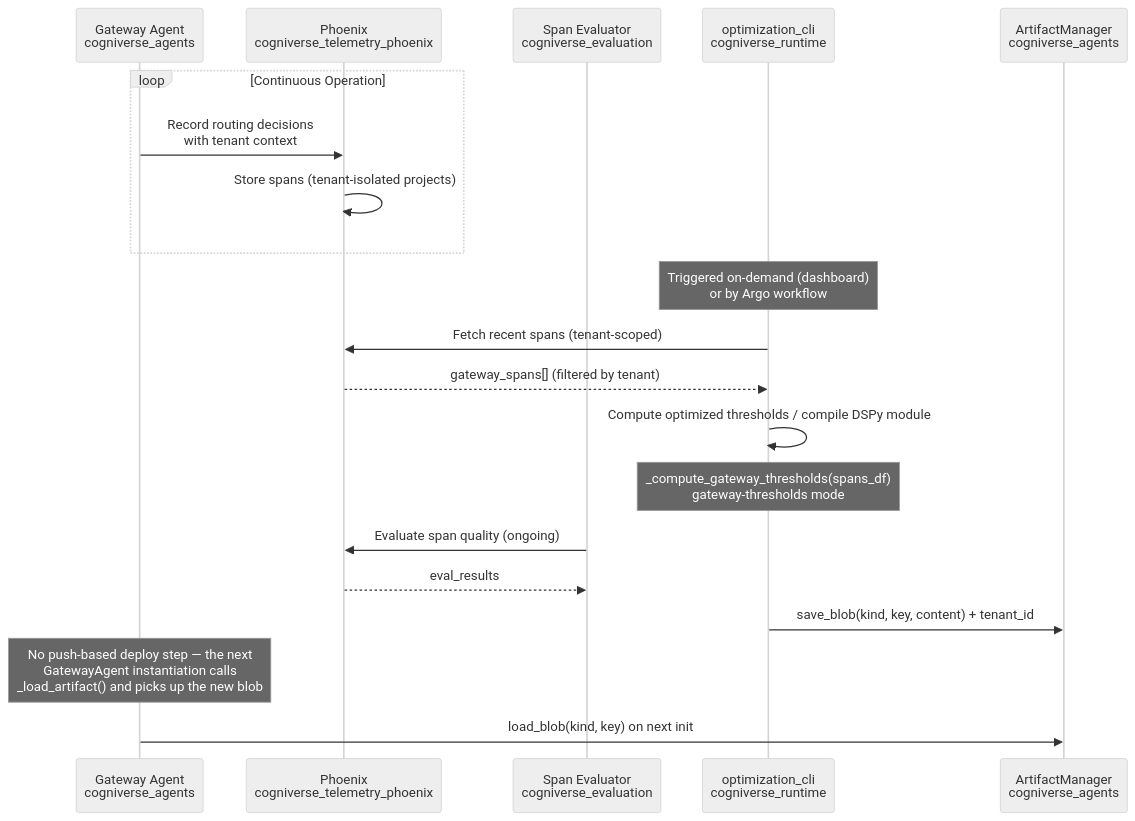
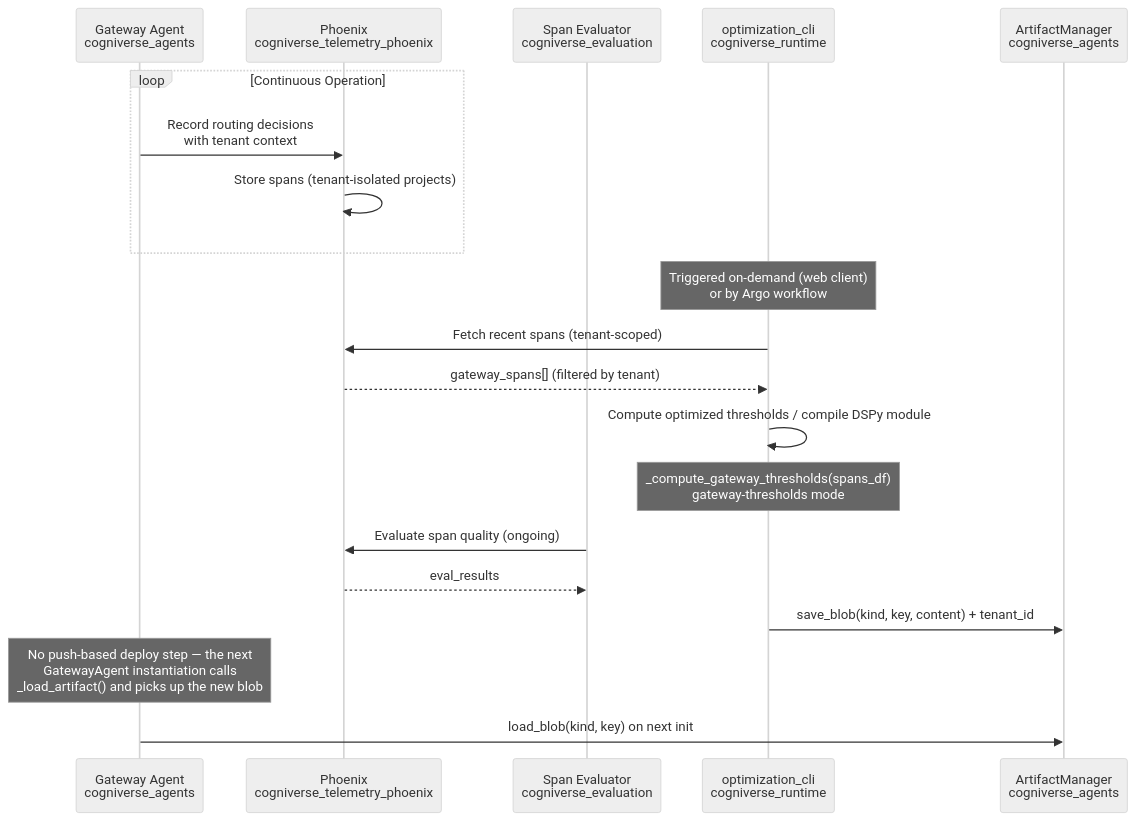
Diagram 13 of 25 in docs/architecture/system-flows.md (amit-jain/cogniverse), drawn with Mermaid (neutral theme) before and after one commit. The commit also changed other lines of this file and 241 other files, not shown here.

````diff
--- a/docs/architecture/system-flows.md
+++ b/docs/architecture/system-flows.md
@@ -639,29 +639,29 @@
 ```mermaid
 sequenceDiagram
     participant Gateway as Gateway Agent<br/>cogniverse_agents
     participant Phoenix as Phoenix<br/>cogniverse_telemetry_phoenix
     participant SpanEval as Span Evaluator<br/>cogniverse_evaluation
     participant OptCLI as optimization_cli<br/>cogniverse_runtime
     participant Artifact as ArtifactManager<br/>cogniverse_agents
 
     loop Continuous Operation
         Gateway->>Phoenix: Record routing decisions<br/>with tenant context
         Phoenix->>Phoenix: Store spans (tenant-isolated projects)
     end
 
-    Note over OptCLI: Triggered on-demand (dashboard)<br/>or by Argo workflow
+    Note over OptCLI: Triggered on-demand (web client)<br/>or by Argo workflow
 
     OptCLI->>Phoenix: Fetch recent spans (tenant-scoped)
     Phoenix-->>OptCLI: gateway_spans[] (filtered by tenant)
 
     OptCLI->>OptCLI: Compute optimized thresholds / compile DSPy module
     Note over OptCLI: _compute_gateway_thresholds(spans_df)<br/>gateway-thresholds mode
 
     SpanEval->>Phoenix: Evaluate span quality (ongoing)
     Phoenix-->>SpanEval: eval_results
 
     OptCLI->>Artifact: save_blob(kind, key, content) + tenant_id
 
     Note over Gateway: No push-based deploy step — the next<br/>GatewayAgent instantiation calls<br/>_load_artifact() and picks up the new blob
     Gateway->>Artifact: load_blob(kind, key) on next init
 ```
````
